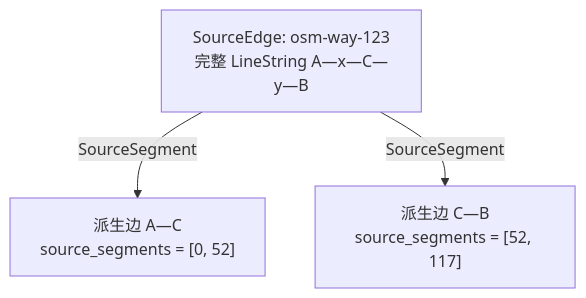
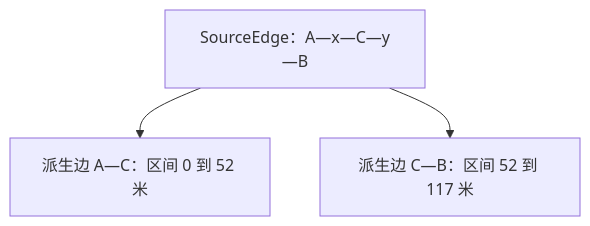
Before and after one commit to Zhouxing67/adsb-processing: the second of 3 diagrams in docs/airport_surface.md, drawn with Mermaid. The commit also changed other lines of this file and 2 other files, not shown here.

Commit message:
Refresh airport graph and map matching docs

````diff
--- a/docs/airport_surface.md
+++ b/docs/airport_surface.md
@@ -96,9 +111,6 @@
 ```mermaid
 flowchart TB
-    S["SourceEdge: osm-way-123<br/>完整 LineString A—x—C—y—B"]
-    E1["派生边 A—C<br/>source_segments = [0, 52]"]
-    E2["派生边 C—B<br/>source_segments = [52, 117]"]
-
-    S -->|SourceSegment| E1
-    S -->|SourceSegment| E2
+    S["SourceEdge：A—x—C—y—B"]
+    S --> E1["派生边 A—C：区间 0 到 52 米"]
+    S --> E2["派生边 C—B：区间 52 到 117 米"]
 ```
````
